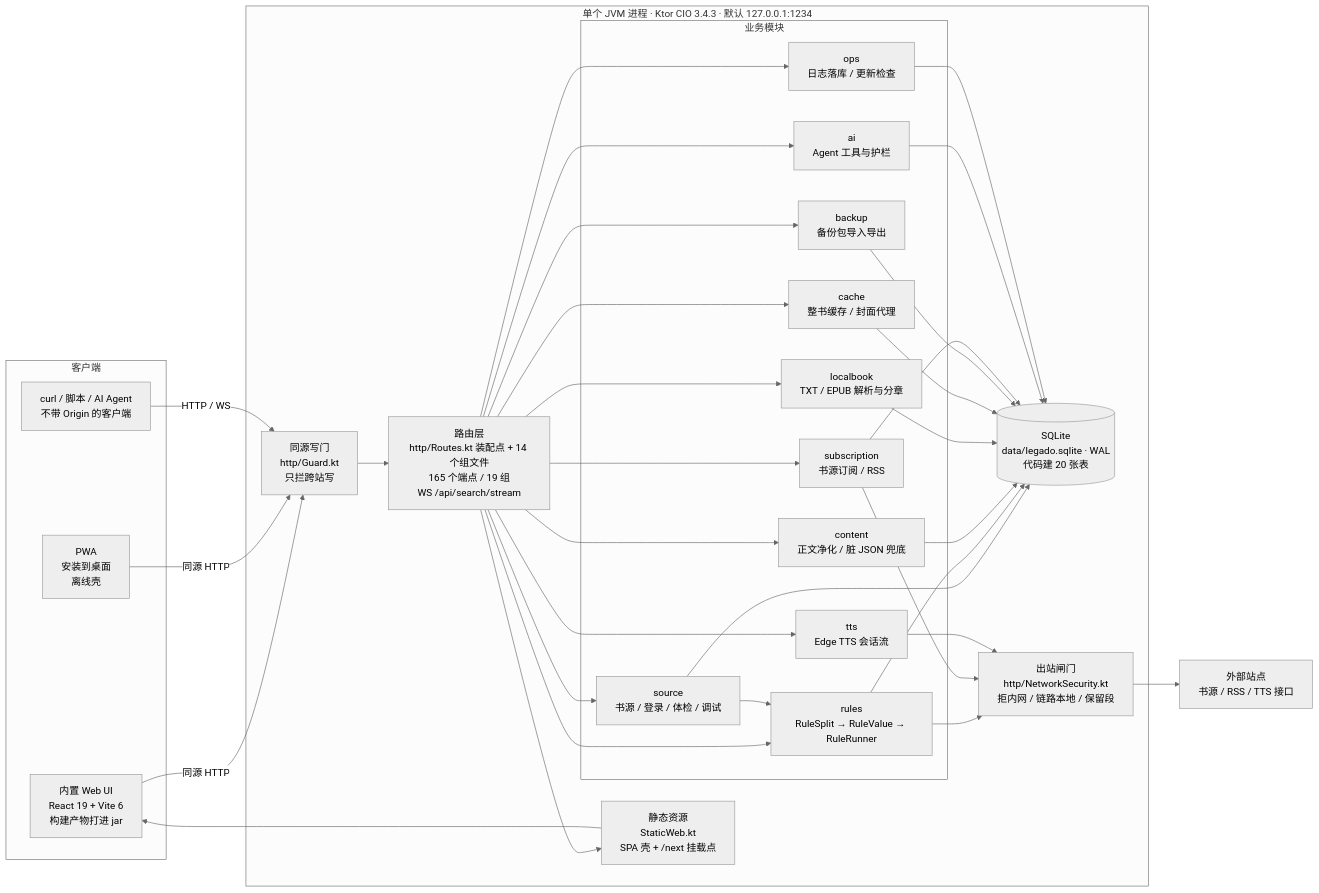
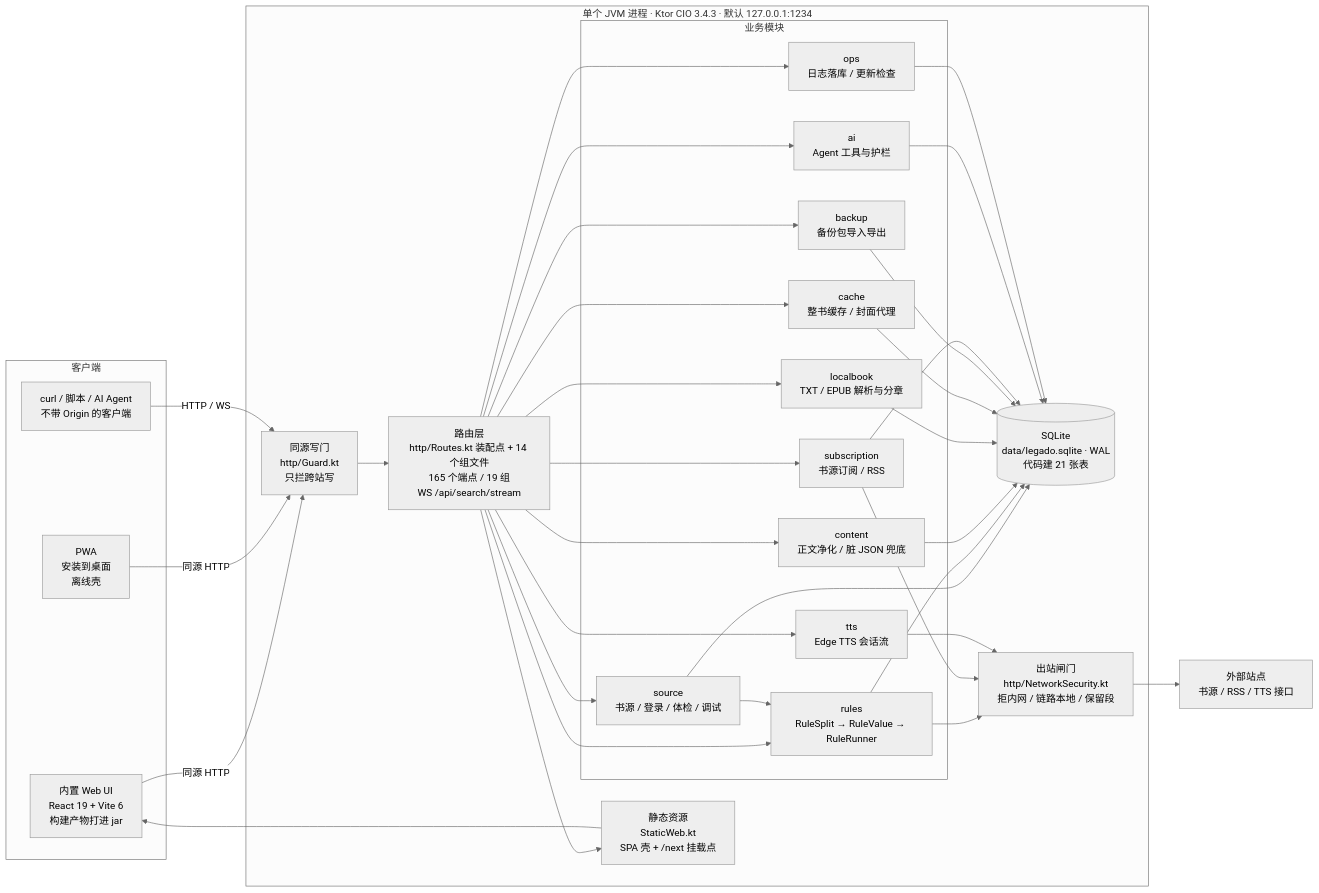
One commit to linqinqiu/legadoQ changed the first of 6 diagrams in docs/ARCHITECTURE.md. Above: the diagram before and after it, drawn with Mermaid (neutral theme). The commit also changed other lines of this file and 4 other files, not shown here.

````diff
--- a/docs/ARCHITECTURE.md
+++ b/docs/ARCHITECTURE.md
@@ -12,66 +12,66 @@
 ```mermaid
 flowchart LR
     subgraph CLIENT["客户端"]
         UI["内置 Web UI<br/>React 19 + Vite 6<br/>构建产物打进 jar"]
         PWA["PWA<br/>安装到桌面<br/>离线壳"]
         CLI["curl / 脚本 / AI Agent<br/>不带 Origin 的客户端"]
     end
 
     subgraph PROC["单个 JVM 进程 · Ktor CIO 3.4.3 · 默认 127.0.0.1:1234"]
         GUARD["同源写门<br/>http/Guard.kt<br/>只拦跨站写"]
         ROUTE["路由层<br/>http/Routes.kt 装配点 + 14 个组文件<br/>165 个端点 / 19 组<br/>WS /api/search/stream"]
         STATIC["静态资源<br/>StaticWeb.kt<br/>SPA 壳 + /next 挂载点"]
 
         subgraph DOMAIN["业务模块"]
             SRC["source<br/>书源 / 登录 / 体检 / 调试"]
             RULE["rules<br/>RuleSplit → RuleValue → RuleRunner"]
             CONTENT["content<br/>正文净化 / 脏 JSON 兜底"]
             LOCAL["localbook<br/>TXT / EPUB 解析与分章"]
             CACHE["cache<br/>整书缓存 / 封面代理"]
             TTS["tts<br/>Edge TTS 会话流"]
             BACKUP["backup<br/>备份包导入导出"]
             SUB["subscription<br/>书源订阅 / RSS"]
             AGENT["ai<br/>Agent 工具与护栏"]
             OPS["ops<br/>日志落库 / 更新检查"]
         end
 
-        DB[("SQLite<br/>data/legado.sqlite · WAL<br/>代码建 20 张表")]
+        DB[("SQLite<br/>data/legado.sqlite · WAL<br/>代码建 21 张表")]
         NETSEC["出站闸门<br/>http/NetworkSecurity.kt<br/>拒内网 / 链路本地 / 保留段"]
     end
 
     NET["外部站点<br/>书源 / RSS / TTS 接口"]
 
     UI -->|"同源 HTTP"| GUARD
     PWA -->|"同源 HTTP"| GUARD
     CLI -->|"HTTP / WS"| GUARD
     GUARD --> ROUTE
     ROUTE --> STATIC
     STATIC --> UI
 
     ROUTE --> SRC
     ROUTE --> RULE
     ROUTE --> CONTENT
     ROUTE --> LOCAL
     ROUTE --> CACHE
     ROUTE --> TTS
     ROUTE --> BACKUP
     ROUTE --> SUB
     ROUTE --> AGENT
     ROUTE --> OPS
 
     SRC --> RULE
     RULE --> NETSEC
     NETSEC --> NET
     SUB --> NETSEC
     TTS --> NETSEC
 
     SRC --> DB
     RULE --> DB
     CONTENT --> DB
     LOCAL --> DB
     CACHE --> DB
     BACKUP --> DB
     SUB --> DB
     AGENT --> DB
     OPS --> DB
 ```
````
